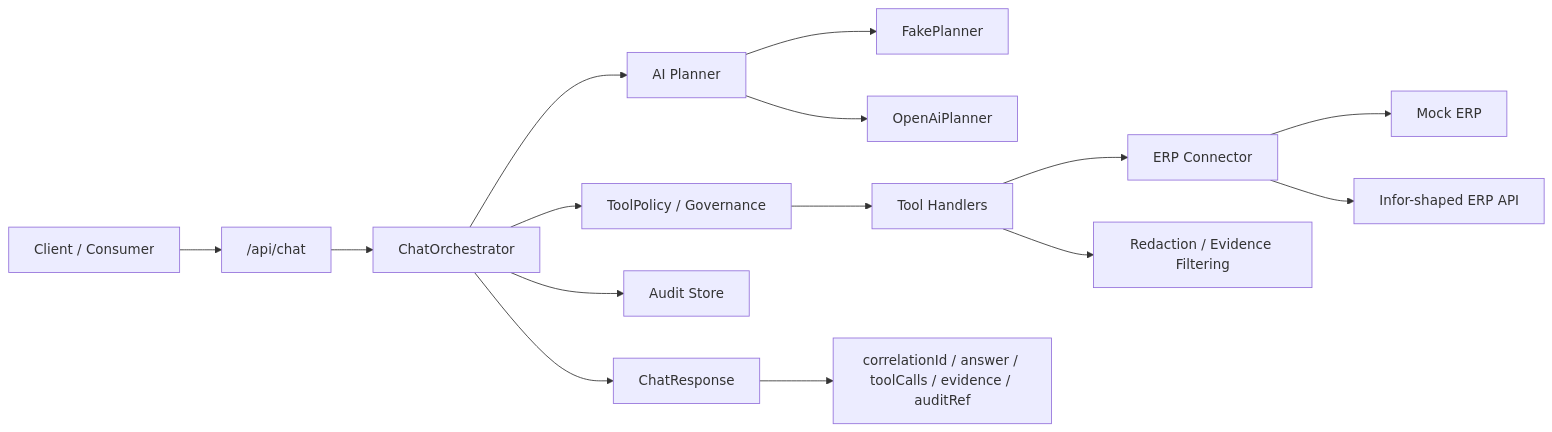
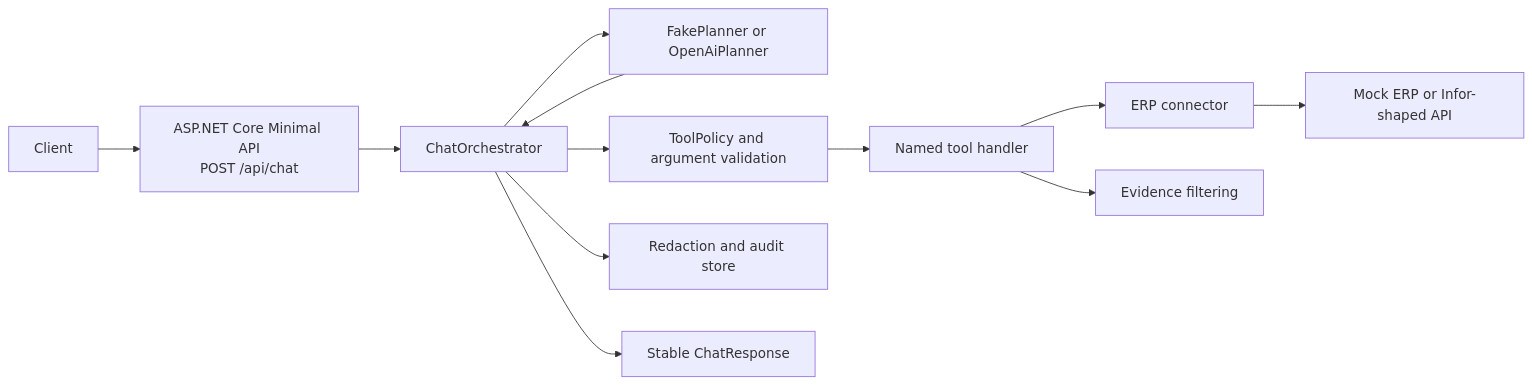
Before and after one commit to bonyaroslav/EclipseErpOpenAiKit.NET: the diagram in README.md, drawn with Mermaid. The commit also changed other lines of this file and 3 other files, not shown here.

Commit message:
Clarify governed ERP architecture

````diff
--- a/README.md
+++ b/README.md
@@ -142,22 +65,14 @@
 ```mermaid
 flowchart LR
-    C[Client / Consumer] --> G["/api/chat"]
-    G --> O[ChatOrchestrator]
-
-    O --> P[AI Planner]
-    P --> FP[FakePlanner]
-    P --> OP[OpenAiPlanner]
-
-    O --> POL[ToolPolicy / Governance]
-    POL --> H[Tool Handlers]
-
-    H --> ERP[ERP Connector]
-    ERP --> M[Mock ERP]
-    ERP --> I[Infor-shaped ERP API]
-
-    H --> RED[Redaction / Evidence Filtering]
-    O --> AUD[Audit Store]
-
-    O --> R[ChatResponse]
-    R --> OUT["correlationId / answer / toolCalls / evidence / auditRef"]
+    C[Client] --> API[ASP.NET Core Minimal API<br/>POST /api/chat]
+    API --> O[ChatOrchestrator]
+    O --> P[FakePlanner or OpenAiPlanner]
+    P --> O
+    O --> G[ToolPolicy and argument validation]
+    G --> H[Named tool handler]
+    H --> E[ERP connector]
+    E --> M[Mock ERP or Infor-shaped API]
+    H --> F[Evidence filtering]
+    O --> R[Redaction and audit store]
+    O --> OUT[Stable ChatResponse]
 ```
````
